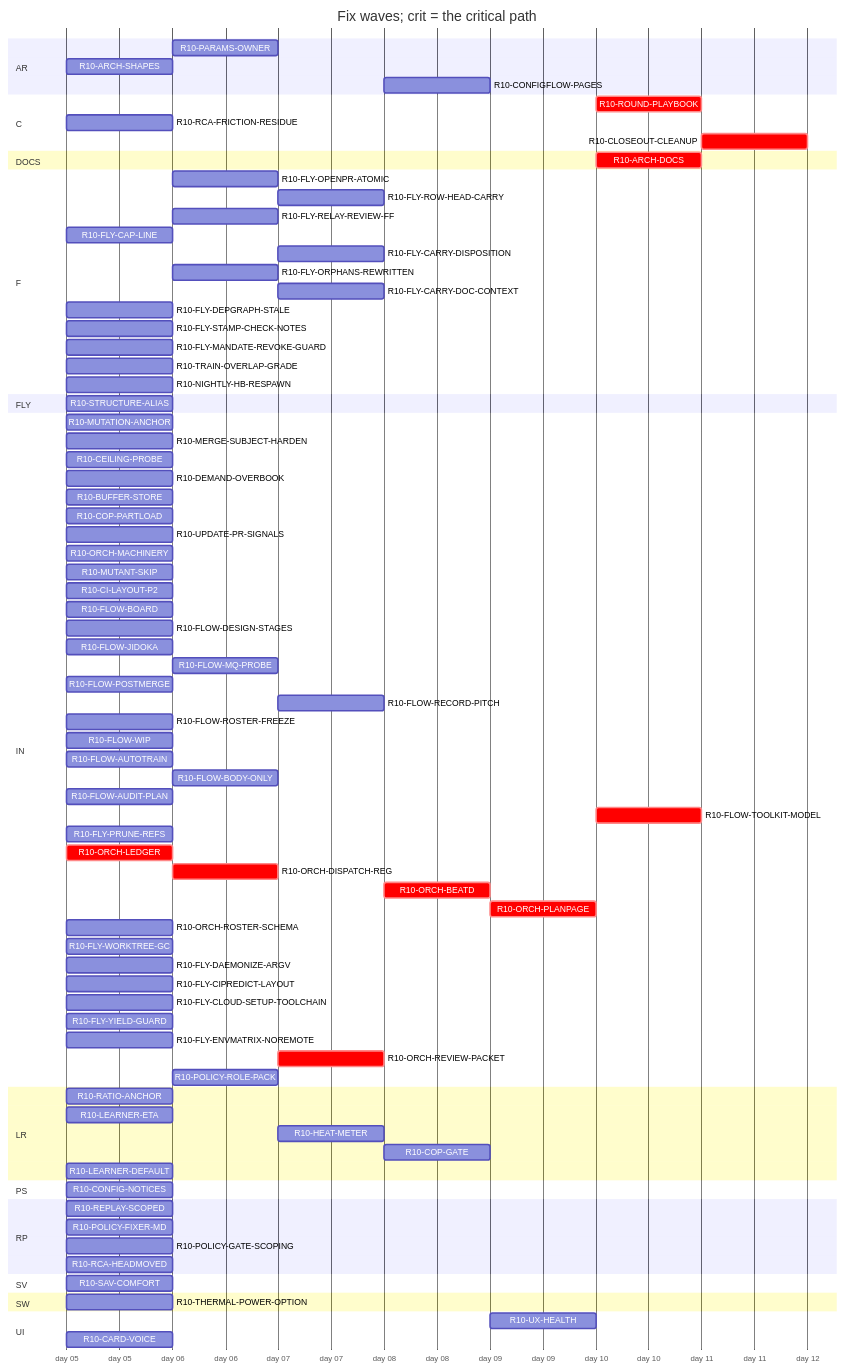
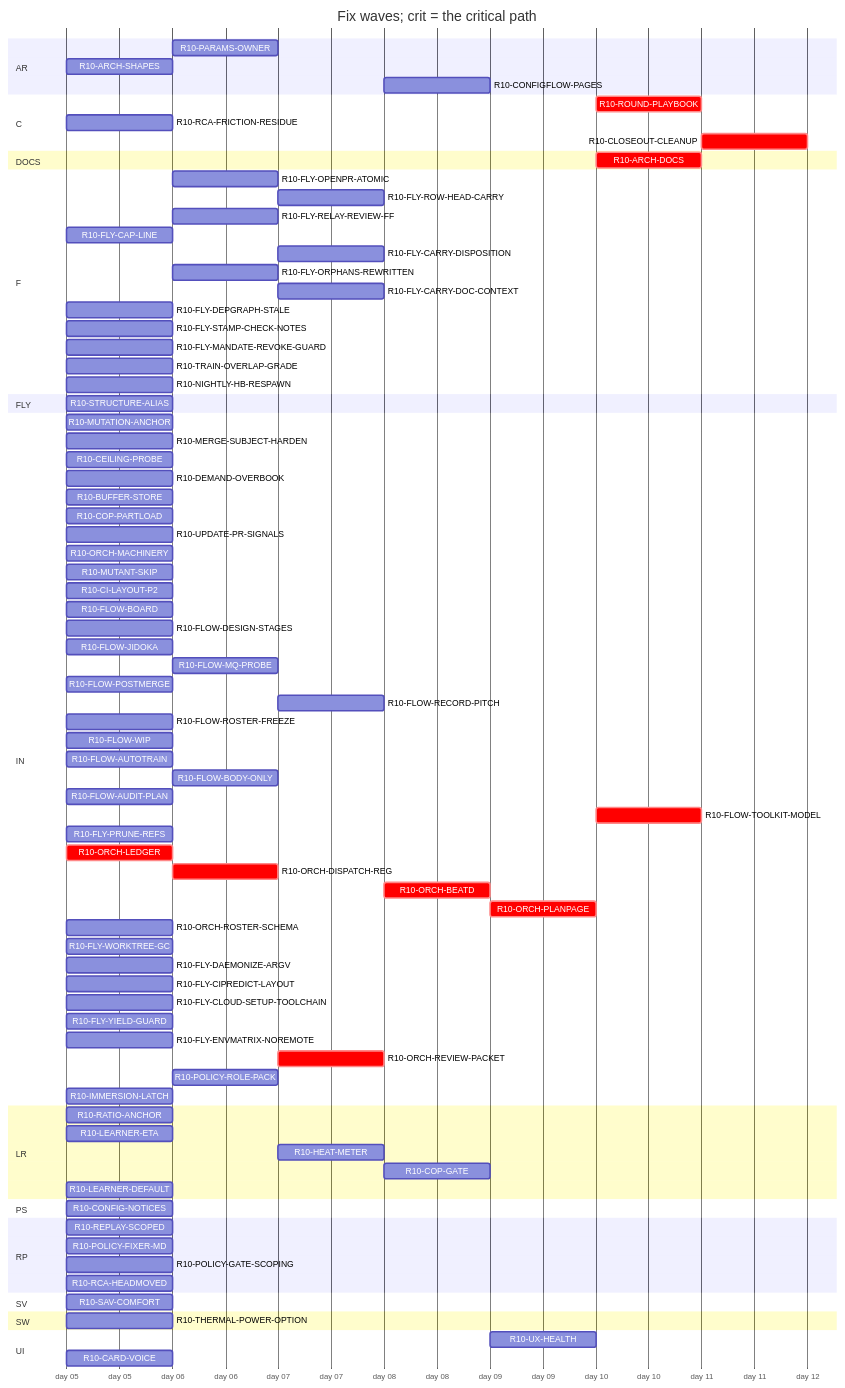
Before and after one commit to tvofi/heatpump_optimizer: the diagram in handoff/round10/state/PLAN-TABLE.md, drawn with Mermaid. The commit also changed other lines of this file and 2 other files, not shown here.

```diff
--- a/handoff/round10/state/PLAN-TABLE.md
+++ b/handoff/round10/state/PLAN-TABLE.md
@@ -36,7 +36,7 @@
     R10-RCA-FRICTION-RESIDUE :r10RCAFRICTIONRESIDUE, 2026-01-05, 1d
     R10-CLOSEOUT-CLEANUP :crit, r10CLOSEOUTCLEANUP, after r10FLYPRUNEREFS r10FLYWORKTREEGC r10ARCHDOCS r10ROUNDPLAYBOOK, 1d
   section DOCS
-    R10-ARCH-DOCS :crit, r10ARCHDOCS, after r10RATIOANCHOR r10CONFIGNOTICES r10PARAMSOWNER r10ARCHSHAPES r10LEARNERETA r10HEATMETER r10COPGATE r10UXHEALTH r10CONFIGFLOWPAGES r10REPLAYSCOPED r10POLICYFIXERMD r10POLICYGATESCOPING r10RCAHEADMOVED r10SAVCOMFORT r10MUTATIONANCHOR r10MERGESUBJECTHARDEN r10CEILINGPROBE r10DEMANDOVERBOOK r10BUFFERSTORE r10COPPARTLOAD r10UPDATEPRSIGNALS r10CARDVOICE r10THERMALPOWEROPTION r10LEARNERDEFAULT r10MUTANTSKIP r10CILAYOUTP2 r10FLOWBOARD r10FLOWDESIGNSTAGES r10FLOWJIDOKA r10FLOWMQPROBE r10FLOWPOSTMERGE r10FLOWRECORDPITCH r10FLOWROSTERFREEZE r10FLOWWIP r10FLOWAUTOTRAIN r10FLOWBODYONLY r10FLYOPENPRATOMIC r10FLYROWHEADCARRY r10FLOWAUDITPLAN r10FLYRELAYREVIEWFF r10FLYCAPLINE r10FLYCARRYDISPOSITION r10FLYORPHANSREWRITTEN r10FLYCARRYDOCCONTEXT r10FLYDEPGRAPHSTALE r10FLOWTOOLKITMODEL r10FLYSTAMPCHECKNOTES r10FLYMANDATEREVOKEGUARD r10RCAFRICTIONRESIDUE r10TRAINOVERLAPGRADE r10NIGHTLYHBRESPAWN r10FLYPRUNEREFS r10ORCHLEDGER r10ORCHDISPATCHREG r10ORCHBEATD r10ORCHPLANPAGE r10ORCHROSTERSCHEMA r10FLYWORKTREEGC r10FLYDAEMONIZEARGV r10FLYCIPREDICTLAYOUT r10FLYCLOUDSETUPTOOLCHAIN r10FLYYIELDGUARD r10FLYENVMATRIXNOREMOTE r10STRUCTUREALIAS r10ORCHREVIEWPACKET r10POLICYROLEPACK, 1d
+    R10-ARCH-DOCS :crit, r10ARCHDOCS, after r10RATIOANCHOR r10CONFIGNOTICES r10PARAMSOWNER r10ARCHSHAPES r10LEARNERETA r10HEATMETER r10COPGATE r10UXHEALTH r10CONFIGFLOWPAGES r10REPLAYSCOPED r10POLICYFIXERMD r10POLICYGATESCOPING r10RCAHEADMOVED r10SAVCOMFORT r10MUTATIONANCHOR r10MERGESUBJECTHARDEN r10CEILINGPROBE r10DEMANDOVERBOOK r10BUFFERSTORE r10COPPARTLOAD r10UPDATEPRSIGNALS r10CARDVOICE r10THERMALPOWEROPTION r10LEARNERDEFAULT r10MUTANTSKIP r10CILAYOUTP2 r10FLOWBOARD r10FLOWDESIGNSTAGES r10FLOWJIDOKA r10FLOWMQPROBE r10FLOWPOSTMERGE r10FLOWRECORDPITCH r10FLOWROSTERFREEZE r10FLOWWIP r10FLOWAUTOTRAIN r10FLOWBODYONLY r10FLYOPENPRATOMIC r10FLYROWHEADCARRY r10FLOWAUDITPLAN r10FLYRELAYREVIEWFF r10FLYCAPLINE r10FLYCARRYDISPOSITION r10FLYORPHANSREWRITTEN r10FLYCARRYDOCCONTEXT r10FLYDEPGRAPHSTALE r10FLOWTOOLKITMODEL r10FLYSTAMPCHECKNOTES r10FLYMANDATEREVOKEGUARD r10RCAFRICTIONRESIDUE r10TRAINOVERLAPGRADE r10NIGHTLYHBRESPAWN r10FLYPRUNEREFS r10ORCHLEDGER r10ORCHDISPATCHREG r10ORCHBEATD r10ORCHPLANPAGE r10ORCHROSTERSCHEMA r10FLYWORKTREEGC r10FLYDAEMONIZEARGV r10FLYCIPREDICTLAYOUT r10FLYCLOUDSETUPTOOLCHAIN r10FLYYIELDGUARD r10FLYENVMATRIXNOREMOTE r10STRUCTUREALIAS r10ORCHREVIEWPACKET r10POLICYROLEPACK r10IMMERSIONLATCH, 1d
   section F
     R10-FLY-OPENPR-ATOMIC :r10FLYOPENPRATOMIC, after r10UPDATEPRSIGNALS, 1d
     R10-FLY-ROW-HEAD-CARRY :r10FLYROWHEADCARRY, after r10CILAYOUTP2 r10FLYOPENPRATOMIC r10FLOWMQPROBE, 1d
@@ -89,6 +89,7 @@
     R10-FLY-ENVMATRIX-NOREMOTE :r10FLYENVMATRIXNOREMOTE, 2026-01-05, 1d
     R10-ORCH-REVIEW-PACKET :crit, r10ORCHREVIEWPACKET, after r10ORCHDISPATCHREG r10POLICYFIXERMD, 1d
     R10-POLICY-ROLE-PACK :r10POLICYROLEPACK, after r10POLICYFIXERMD r10FLOWDESIGNSTAGES, 1d
+    R10-IMMERSION-LATCH :r10IMMERSIONLATCH, 2026-01-05, 1d
   section LR
     R10-RATIO-ANCHOR :r10RATIOANCHOR, 2026-01-05, 1d
     R10-LEARNER-ETA :r10LEARNERETA, 2026-01-05, 1d
```
